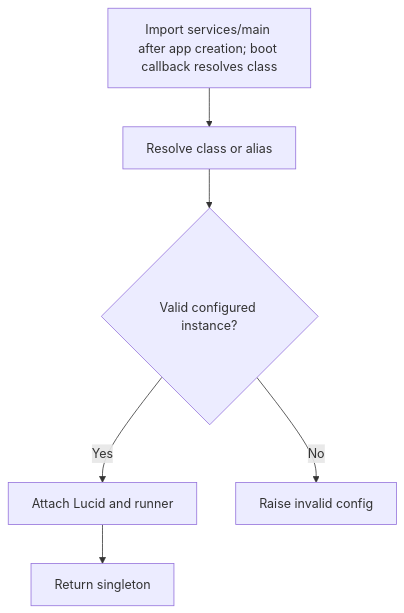
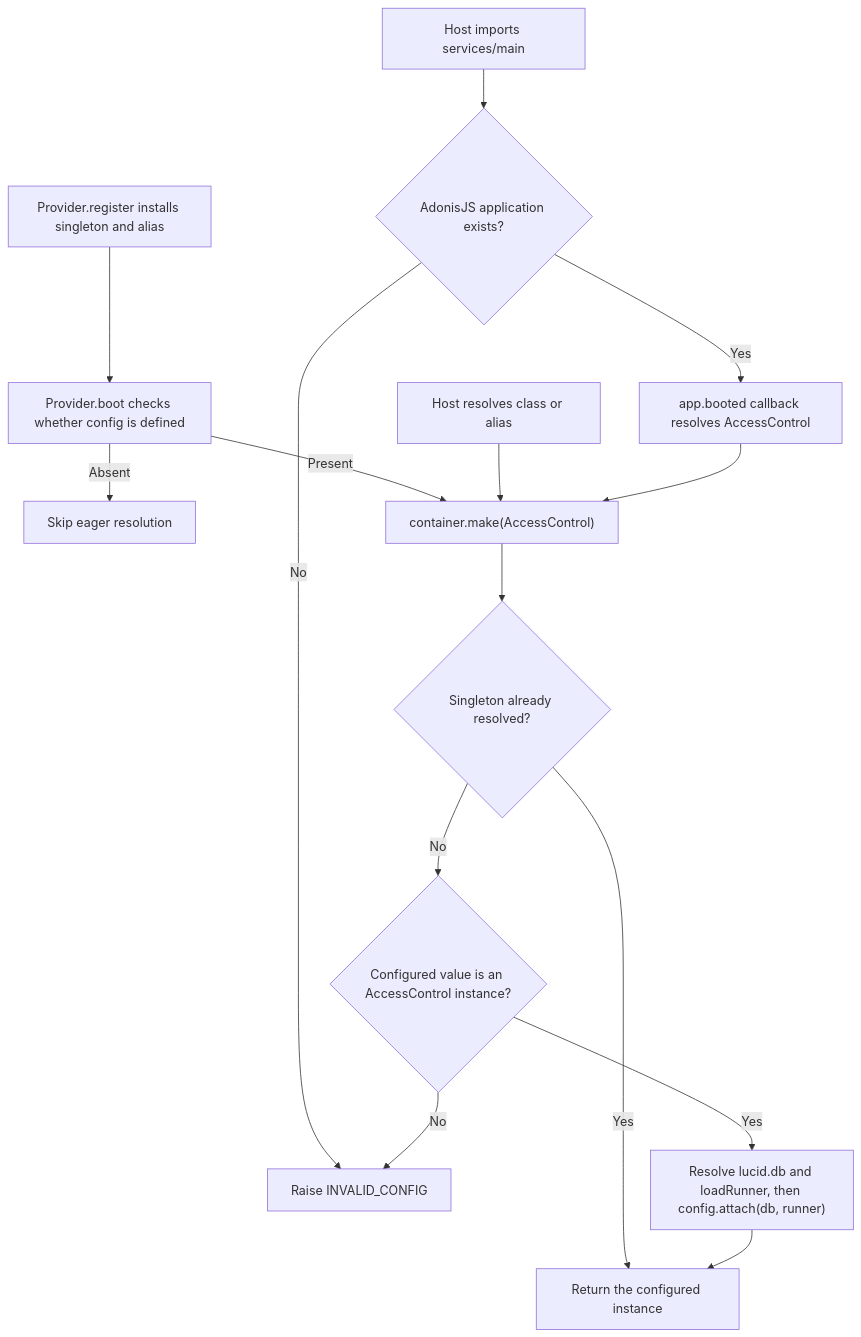
The second of 2 diagrams in user-stories/US-ACCESS-31-resolve-provider-service.md (Kevinjohn/oss-adonisjs-access-control), drawn with Mermaid before and after one commit. The commit also changed other lines of this file and 25 other files, not shown here.

````diff
--- a/user-stories/US-ACCESS-31-resolve-provider-service.md
+++ b/user-stories/US-ACCESS-31-resolve-provider-service.md
@@ -30,8 +32,17 @@
 ```mermaid
 flowchart TD
-    S["Import services/main after app creation; boot callback resolves class"] --> A["Resolve class or alias"]
-    A --> B{"Valid configured instance?"}
-    B -->|Yes| C["Attach Lucid and runner"]
-    C --> D["Return singleton"]
-    B -->|No| E["Raise invalid config"]
+    A["Provider.register installs singleton and alias"] --> B["Provider.boot checks whether config is defined"]
+    B -->|Absent| X["Skip eager resolution"]
+    B -->|Present| C["container.make(AccessControl)"]
+    D["Host resolves class or alias"] --> C
+    S["Host imports services/main"] --> T{"AdonisJS application exists?"}
+    T -->|No| N["Raise INVALID_CONFIG"]
+    T -->|Yes| U["app.booted callback resolves AccessControl"]
+    U --> C
+    C --> V{"Singleton already resolved?"}
+    V -->|Yes| Y["Return the configured instance"]
+    V -->|No| E{"Configured value is an AccessControl instance?"}
+    E -->|No| N
+    E -->|Yes| F["Resolve lucid.db and loadRunner, then config.attach(db, runner)"]
+    F --> Y
 ```
````
